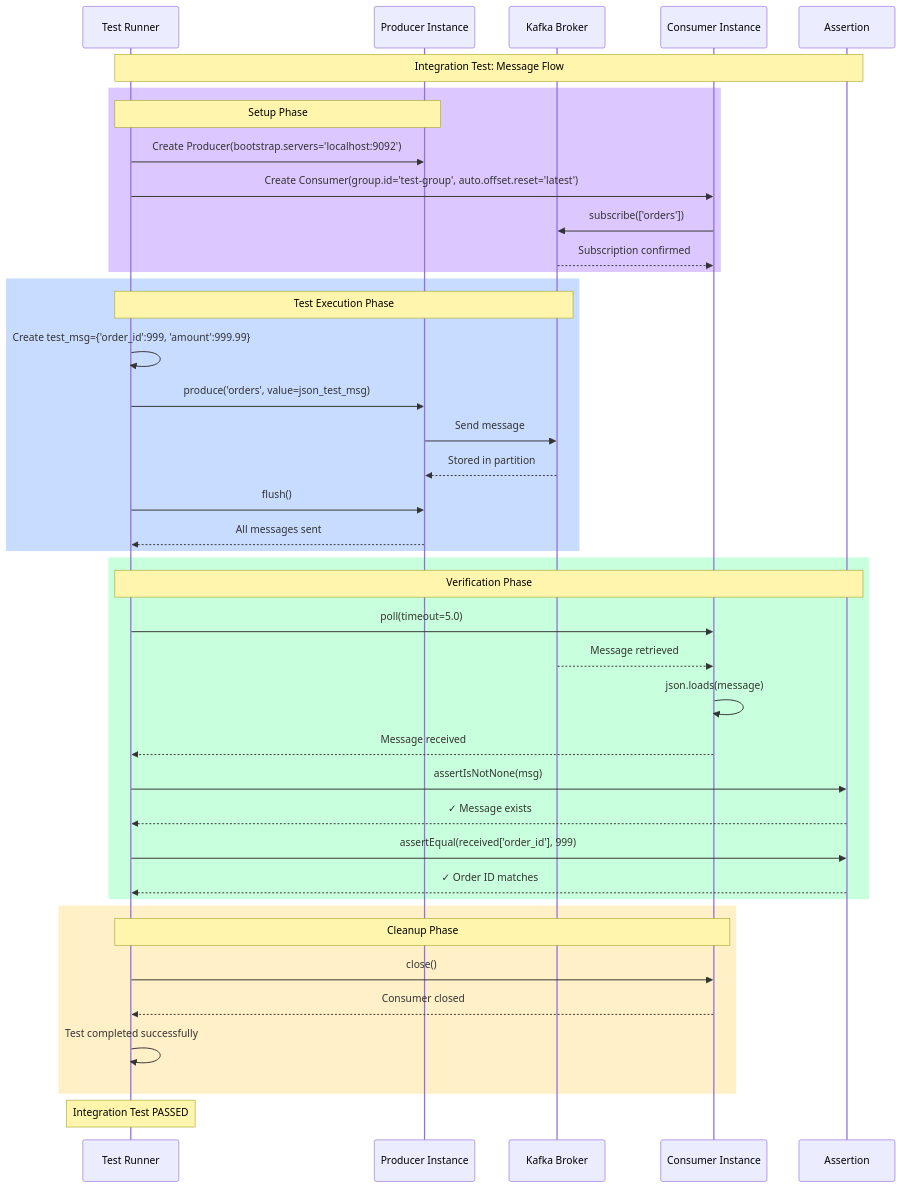
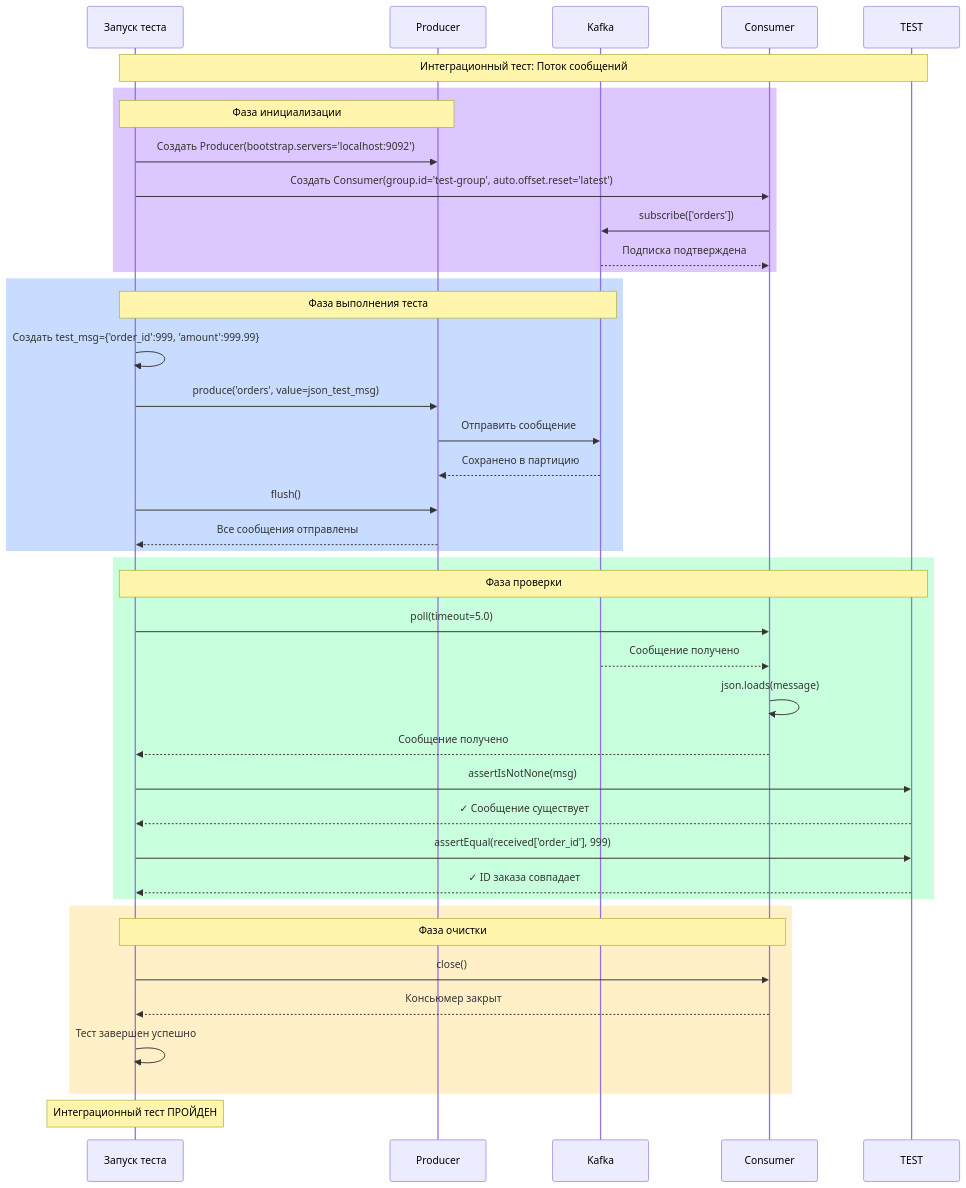
The diagram in broker-messaging-demo/diagrams/04-integration-test-flow.mmd (J4mes0n-04/broker-messaging-demo), drawn with Mermaid before and after one commit. The commit also changed other lines of this file and 4 other files, not shown here.

Commit message:
Update diagrams: producer, consumer, end-to-end, integration test, and system architecture flows

```diff
--- a/broker-messaging-demo/diagrams/04-integration-test-flow.mmd
+++ b/broker-messaging-demo/diagrams/04-integration-test-flow.mmd
@@ -1,49 +1,49 @@
 sequenceDiagram
-    participant Test as Test Runner
-    participant Producer as Producer Instance
-    participant Kafka as Kafka Broker
-    participant Consumer as Consumer Instance
-    participant Assert as Assertion
+    participant Test as Запуск теста
+    participant Producer as Producer
+    participant Kafka as Kafka
+    participant Consumer as Consumer
+    participant Assert as TEST
 
-    Note over Test,Assert: Integration Test: Message Flow
+    Note over Test,Assert: Интеграционный тест: Поток сообщений
 
     rect rgb(220, 200, 255)
-    Note over Test,Producer: Setup Phase
-    Test->>Producer: Create Producer(bootstrap.servers='localhost:9092')
-    Test->>Consumer: Create Consumer(group.id='test-group', auto.offset.reset='latest')
+    Note over Test,Producer: Фаза инициализации
+    Test->>Producer: Создать Producer(bootstrap.servers='localhost:9092')
+    Test->>Consumer: Создать Consumer(group.id='test-group', auto.offset.reset='latest')
     Consumer->>Kafka: subscribe(['orders'])
-    Kafka-->>Consumer: Subscription confirmed
+    Kafka-->>Consumer: Подписка подтверждена
     end
 
     rect rgb(200, 220, 255)
-    Note over Test,Kafka: Test Execution Phase
-    Test->>Test: Create test_msg={'order_id':999, 'amount':999.99}
+    Note over Test,Kafka: Фаза выполнения теста
+    Test->>Test: Создать test_msg={'order_id':999, 'amount':999.99}
     Test->>Producer: produce('orders', value=json_test_msg)
-    Producer->>Kafka: Send message
-    Kafka-->>Producer: Stored in partition
+    Producer->>Kafka: Отправить сообщение
+    Kafka-->>Producer: Сохранено в партицию
     Test->>Producer: flush()
-    Producer-->>Test: All messages sent
+    Producer-->>Test: Все сообщения отправлены
     end
 
     rect rgb(200, 255, 220)
-    Note over Test,Assert: Verification Phase
+    Note over Test,Assert: Фаза проверки
     Test->>Consumer: poll(timeout=5.0)
-    Kafka-->>Consumer: Message retrieved
+    Kafka-->>Consumer: Сообщение получено
     Consumer->>Consumer: json.loads(message)
-    Consumer-->>Test: Message received
+    Consumer-->>Test: Сообщение получено
     
     Test->>Assert: assertIsNotNone(msg)
-    Assert-->>Test: ✓ Message exists
+    Assert-->>Test: ✓ Сообщение существует
     
     Test->>Assert: assertEqual(received['order_id'], 999)
-    Assert-->>Test: ✓ Order ID matches
+    Assert-->>Test: ✓ ID заказа совпадает
     end
 
     rect rgb(255, 240, 200)
-    Note over Test,Consumer: Cleanup Phase
+    Note over Test,Consumer: Фаза очистки
     Test->>Consumer: close()
-    Consumer-->>Test: Consumer closed
-    Test->>Test: Test completed successfully
+    Consumer-->>Test: Консьюмер закрыт
+    Test->>Test: Тест завершен успешно
     end
 
-    Note over Test: Integration Test PASSED
+    Note over Test: Интеграционный тест ПРОЙДЕН
```
